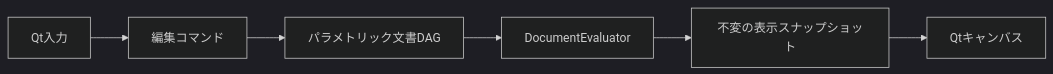
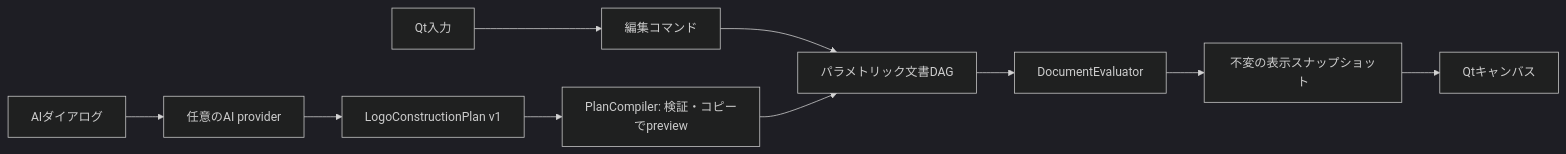
The diagram in docs/engineering/architecture.md (akihisa-dev/Signet), drawn with Mermaid (dark theme) before and after one commit. The commit also changed other lines of this file and 27 other files, not shown here.

````diff
--- a/docs/engineering/architecture.md
+++ b/docs/engineering/architecture.md
@@ -5,8 +5,12 @@
 ```mermaid
 flowchart LR
     Input["Qt入力"] --> Command["編集コマンド"]
     Command --> Document["パラメトリック文書DAG"]
     Document --> Evaluator["DocumentEvaluator"]
     Evaluator --> Snapshot["不変の表示スナップショット"]
     Snapshot --> Canvas["Qtキャンバス"]
+    AiInput["AIダイアログ"] --> Provider["任意のAI provider"]
+    Provider --> Plan["LogoConstructionPlan v1"]
+    Plan --> Compiler["PlanCompiler: 検証・コピーでpreview"]
+    Compiler --> Document
 ```
````
